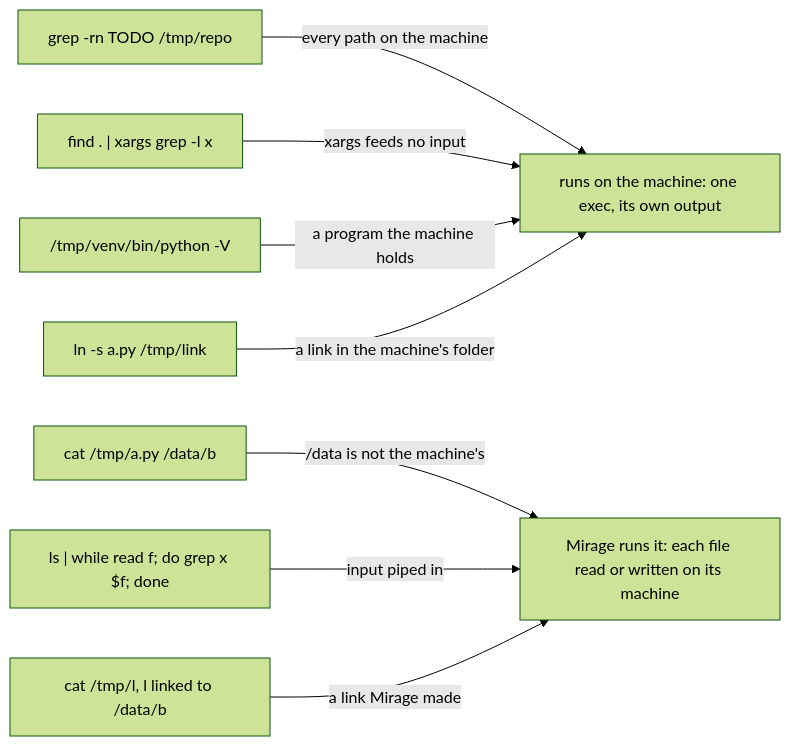
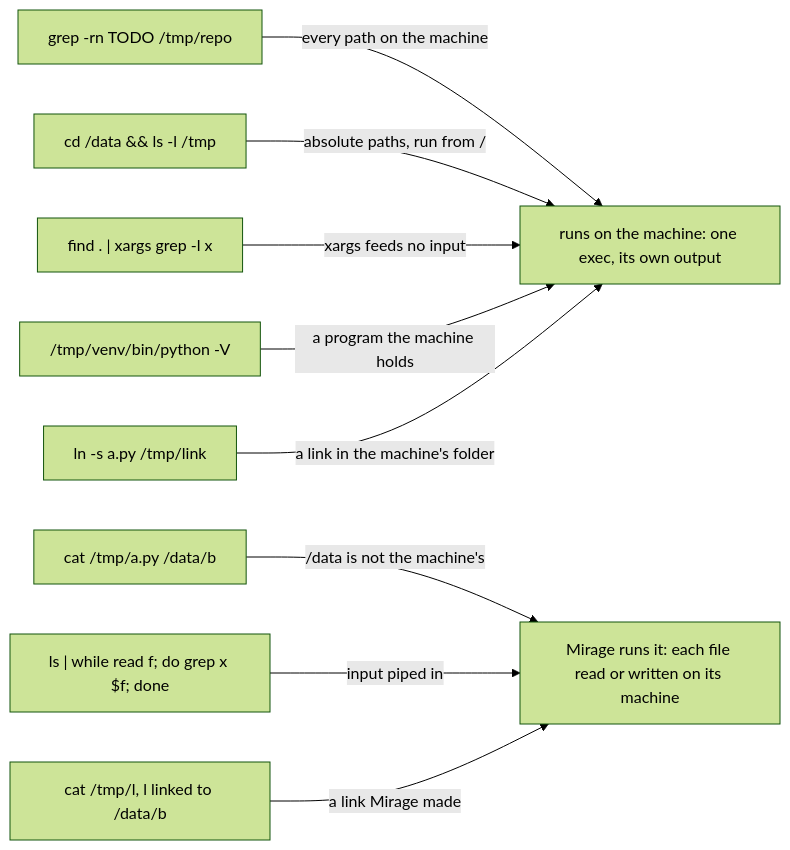
The first of 2 diagrams in docs/home/setup/machine/machine_files.mdx (strukto-ai/mirage), drawn with Mermaid (forest theme) before and after one commit. The commit also changed other lines of this file and 31 other files, not shown here.

````diff
--- a/docs/home/setup/machine/machine_files.mdx
+++ b/docs/home/setup/machine/machine_files.mdx
@@ -139,12 +139,13 @@
 ```mermaid
 flowchart LR
     G["grep -rn TODO /tmp/repo"] -- "every path on the machine" --> R
+    A["cd /data && ls -l /tmp"] -- "absolute paths, run from /" --> R
     X["find . | xargs grep -l x"] -- "xargs feeds no input" --> R
     V["/tmp/venv/bin/python -V"] -- "a program the machine holds" --> R
     L["ln -s a.py /tmp/link"] -- "a link in the machine's folder" --> R
     C["cat /tmp/a.py /data/b"] -- "/data is not the machine's" --> M
     P["ls | while read f; do grep x $f; done"] -- "input piped in" --> M
     D["cat /tmp/l, l linked to /data/b"] -- "a link Mirage made" --> M
     R["runs on the machine: one exec, its own output"]
     M["Mirage runs it: each file read or written on its machine"]
 ```
````
